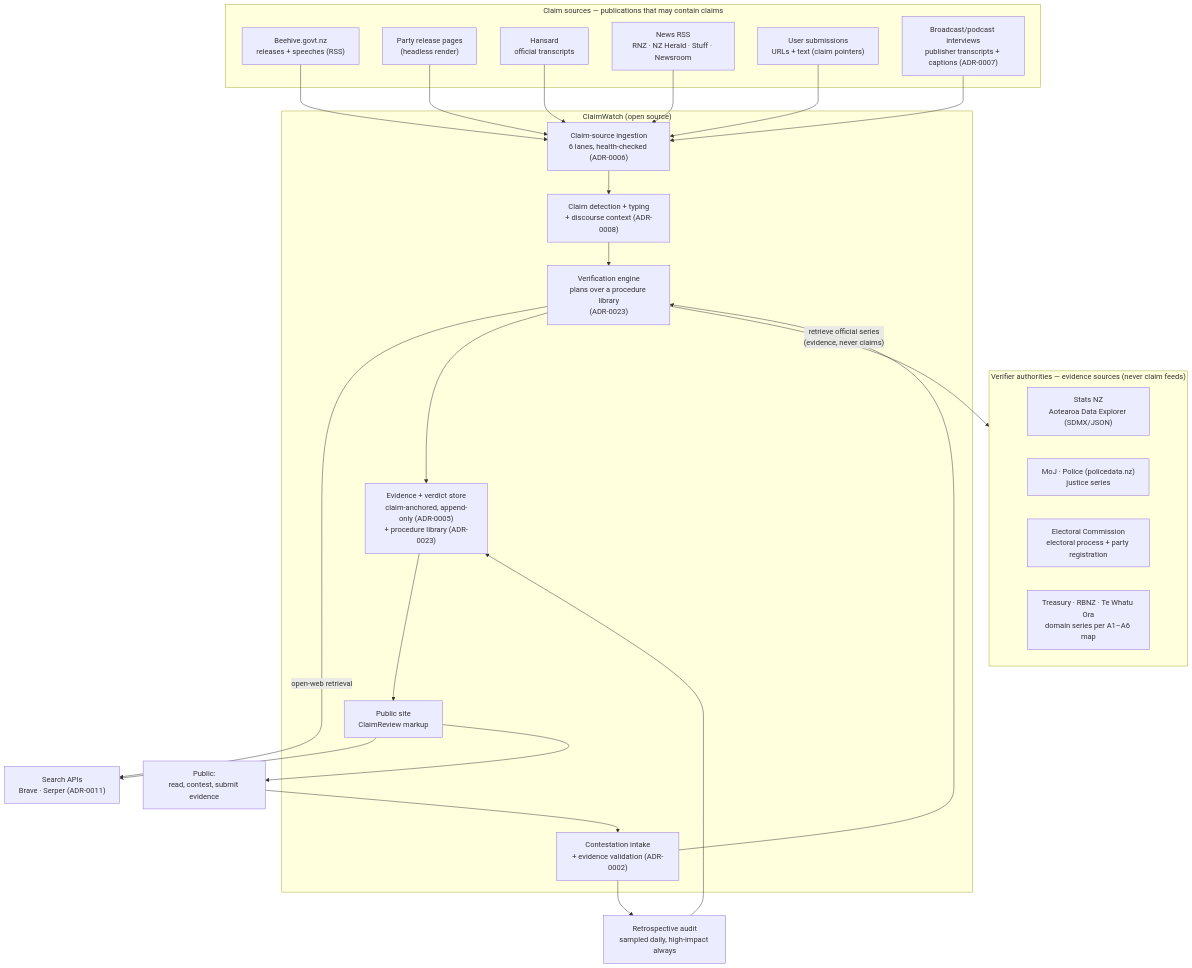
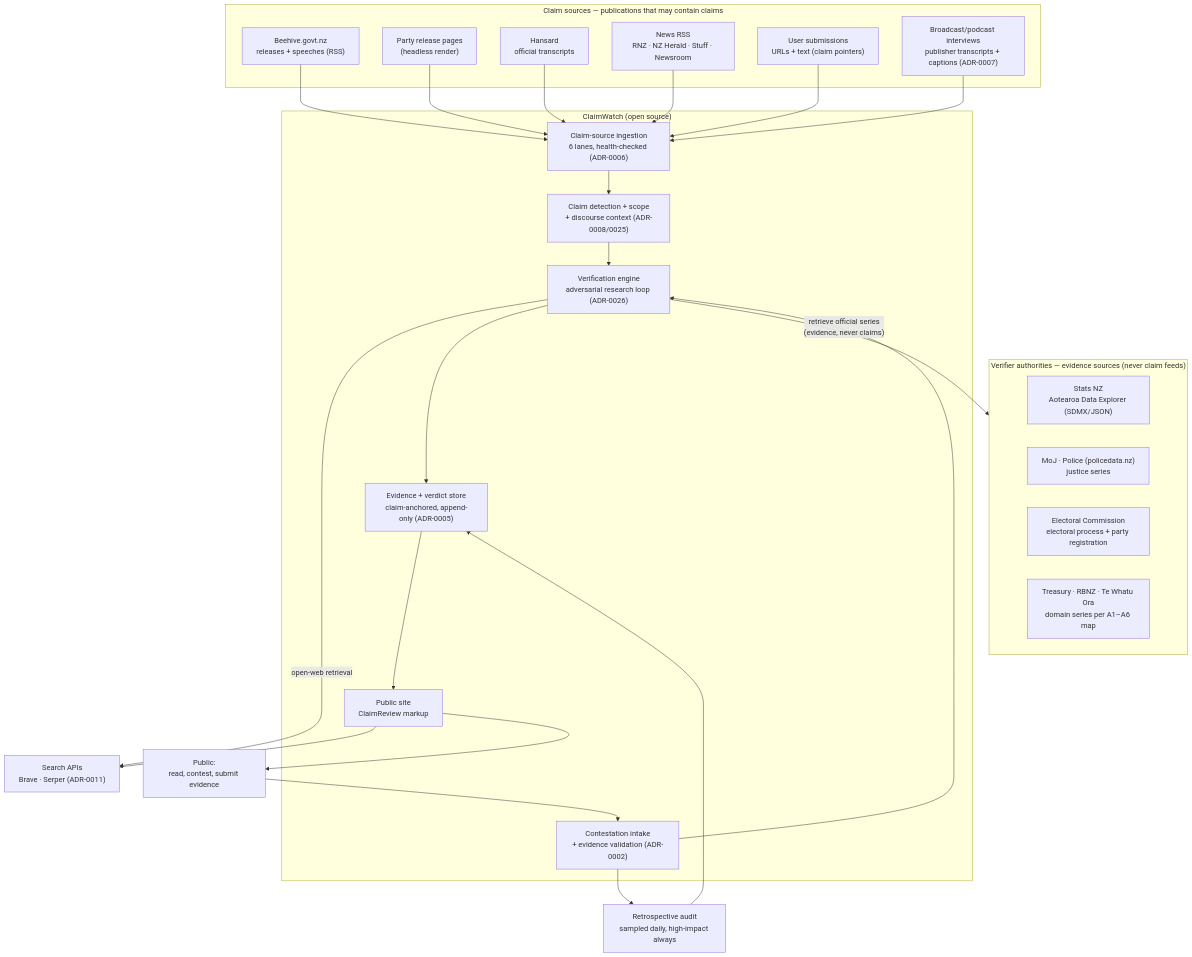
Before and after one commit to bradleyscott/claimwatch-nz: the first of 5 diagrams in docs/ARCHITECTURE.md, drawn with Mermaid. The commit also changed other lines of this file and 28 other files, not shown here.

````diff
--- a/docs/ARCHITECTURE.md
+++ b/docs/ARCHITECTURE.md
@@ -28,50 +28,50 @@
 ```mermaid
 flowchart TB
     subgraph CLAIM_SOURCES["Claim sources — publications that may contain claims"]
         BEEHIVE["Beehive.govt.nz<br/>releases + speeches (RSS)"]
         PARTIES["Party release pages<br/>(headless render)"]
         HANSARD["Hansard<br/>official transcripts"]
         NEWS["News RSS<br/>RNZ · NZ Herald · Stuff · Newsroom"]
         SUBMIT["User submissions<br/>URLs + text (claim pointers)"]
         BCAST["Broadcast/podcast interviews<br/>publisher transcripts + captions (ADR-0007)"]
     end
 
     subgraph AUTHORITIES["Verifier authorities — evidence sources (never claim feeds)"]
         STATS["Stats NZ<br/>Aotearoa Data Explorer (SDMX/JSON)"]
         MOJ["MoJ · Police (policedata.nz)<br/>justice series"]
         ELECTORAL["Electoral Commission<br/>electoral process + party registration"]
         OTHER["Treasury · RBNZ · Te Whatu Ora<br/>domain series per A1–A6 map"]
     end
 
     subgraph CW["ClaimWatch (open source)"]
         INGEST["Claim-source ingestion<br/>6 lanes, health-checked (ADR-0006)"]
-        TRIAGE["Claim detection + typing<br/>+ discourse context (ADR-0008)"]
-        VERIFY["Verification engine<br/>plans over a procedure library<br/>(ADR-0023)"]
-        STORE["Evidence + verdict store<br/>claim-anchored, append-only (ADR-0005)<br/>+ procedure library (ADR-0023)"]
+        TRIAGE["Claim detection + scope<br/>+ discourse context (ADR-0008/0025)"]
+        VERIFY["Verification engine<br/>adversarial research loop (ADR-0026)"]
+        STORE["Evidence + verdict store<br/>claim-anchored, append-only (ADR-0005)"]
         SITE["Public site<br/>ClaimReview markup"]
         CONTEST["Contestation intake<br/>+ evidence validation (ADR-0002)"]
     end
 
     PUBLIC["Public:<br/>read, contest, submit evidence"]
     SEARCH["Search APIs<br/>Brave · Serper (ADR-0011)"]
     AUDIT["Retrospective audit<br/>sampled daily, high-impact always"]
 
     BEEHIVE --> INGEST
     PARTIES --> INGEST
     HANSARD --> INGEST
     NEWS --> INGEST
     SUBMIT --> INGEST
     BCAST --> INGEST
     INGEST --> TRIAGE
     TRIAGE --> VERIFY
     VERIFY -- "retrieve official series<br/>(evidence, never claims)" --> AUTHORITIES
     VERIFY -- "open-web retrieval" --> SEARCH
     VERIFY --> STORE
     STORE --> SITE
     SITE --> SEARCH
     SITE --> PUBLIC
     PUBLIC --> CONTEST
     CONTEST --> VERIFY
     CONTEST --> AUDIT
     AUDIT --> STORE
 ```
````
